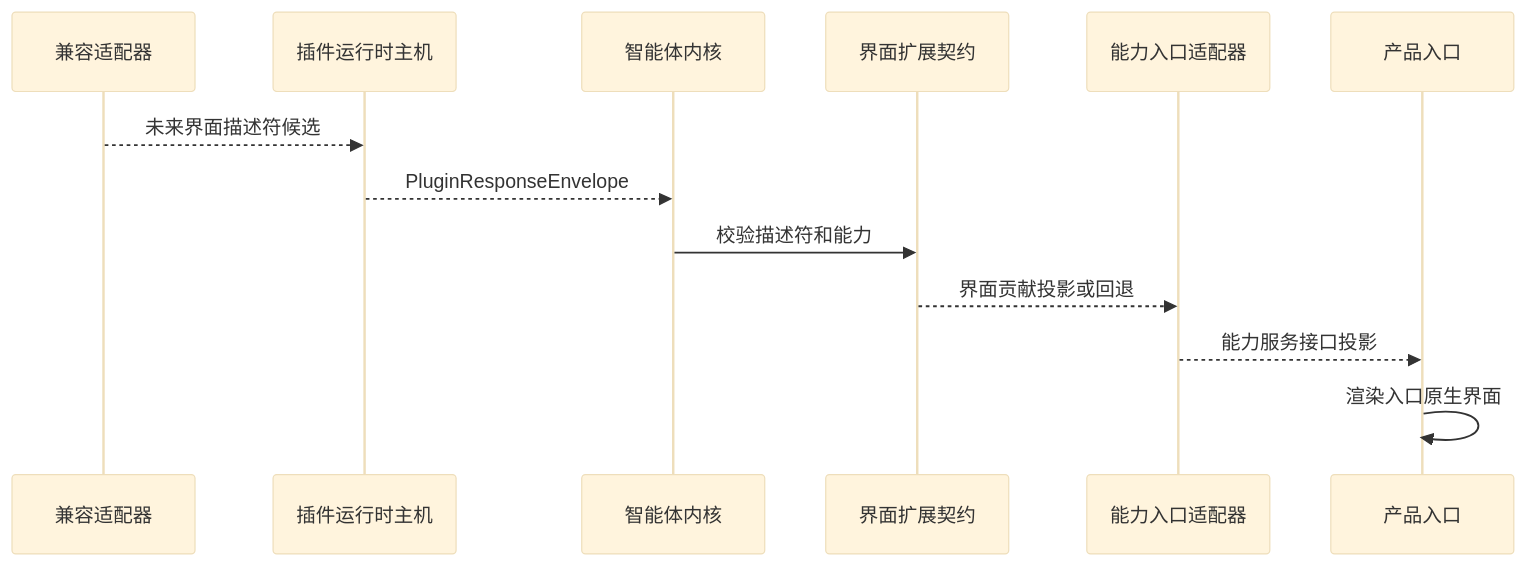
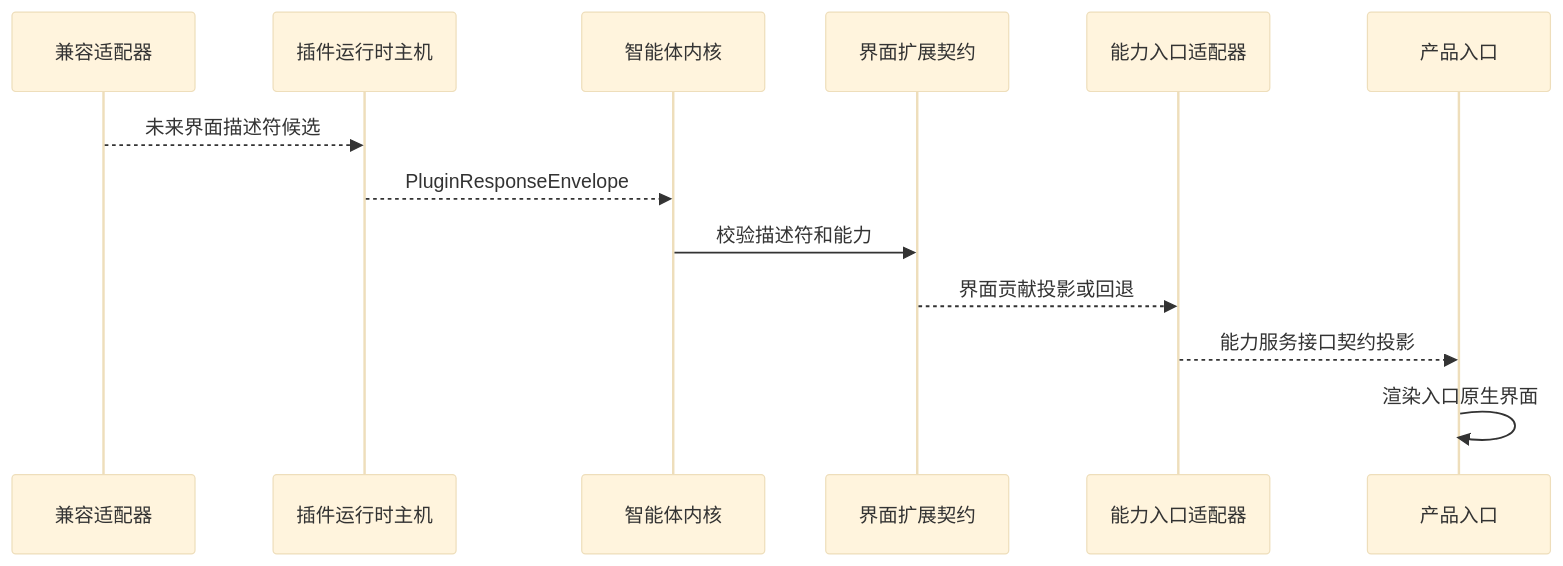
Before and after one commit to 1688mengdie/BitFun: the fifth of 5 diagrams in docs/architecture/plugin-runtime-host-design.md, drawn with Mermaid (base theme). The commit also changed other lines of this file and 2 other files, not shown here.

Commit message:
docs: refine plugin architecture contracts

````diff
--- a/docs/architecture/plugin-runtime-host-design.md
+++ b/docs/architecture/plugin-runtime-host-design.md
@@ -534,16 +505,16 @@
 ```mermaid
 sequenceDiagram
   participant Adapter as 兼容适配器
   participant Host as 插件运行时主机
   participant Kernel as 智能体内核
   participant UIExt as 界面扩展契约
   participant SurfaceAdapter as 能力入口适配器
   participant Surface as 产品入口
 
   Adapter-->>Host: 未来界面描述符候选
   Host-->>Kernel: PluginResponseEnvelope
   Kernel->>UIExt: 校验描述符和能力
   UIExt-->>SurfaceAdapter: 界面贡献投影或回退
-  SurfaceAdapter-->>Surface: 能力服务接口投影
+  SurfaceAdapter-->>Surface: 能力服务接口契约投影
   Surface->>Surface: 渲染入口原生界面
 ```
````
